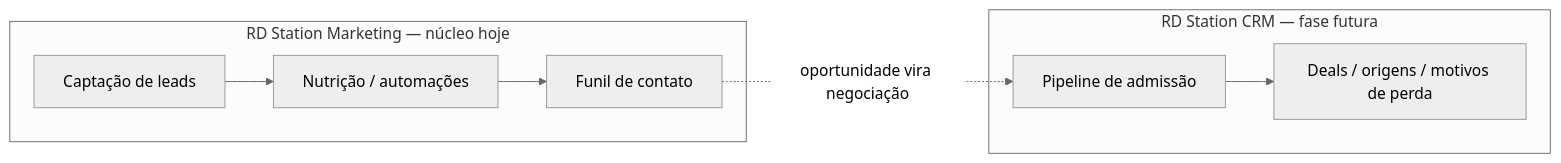
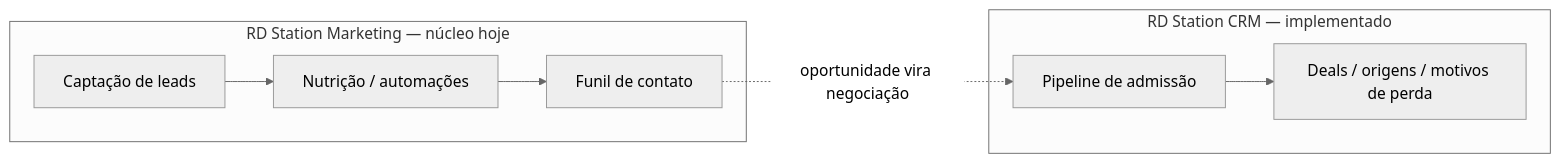
The second of 2 diagrams in docs/resumo-estrategico-rd-station.md (DI-CSA/admission-enrollment), drawn with Mermaid (neutral theme) before and after one commit. The commit also changed other lines of this file and 25 other files, not shown here.

````diff
--- a/docs/resumo-estrategico-rd-station.md
+++ b/docs/resumo-estrategico-rd-station.md
@@ -61,10 +61,10 @@
 ```mermaid
 flowchart LR
     subgraph MKT[RD Station Marketing — núcleo hoje]
         L[Captação de leads] --> N[Nutrição / automações] --> O[Funil de contato]
     end
-    subgraph CRM[RD Station CRM — fase futura]
+    subgraph CRM[RD Station CRM — implementado]
         P[Pipeline de admissão] --> Q[Deals / origens / motivos de perda]
     end
     O -.->|oportunidade vira negociação| P
 ```
````
